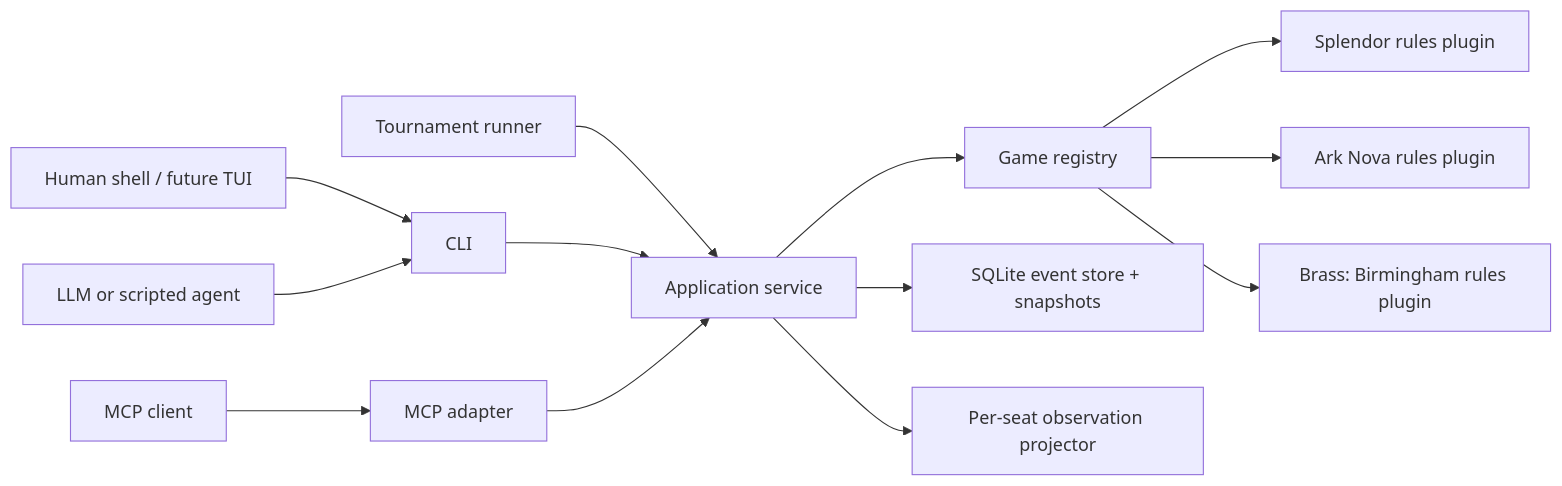
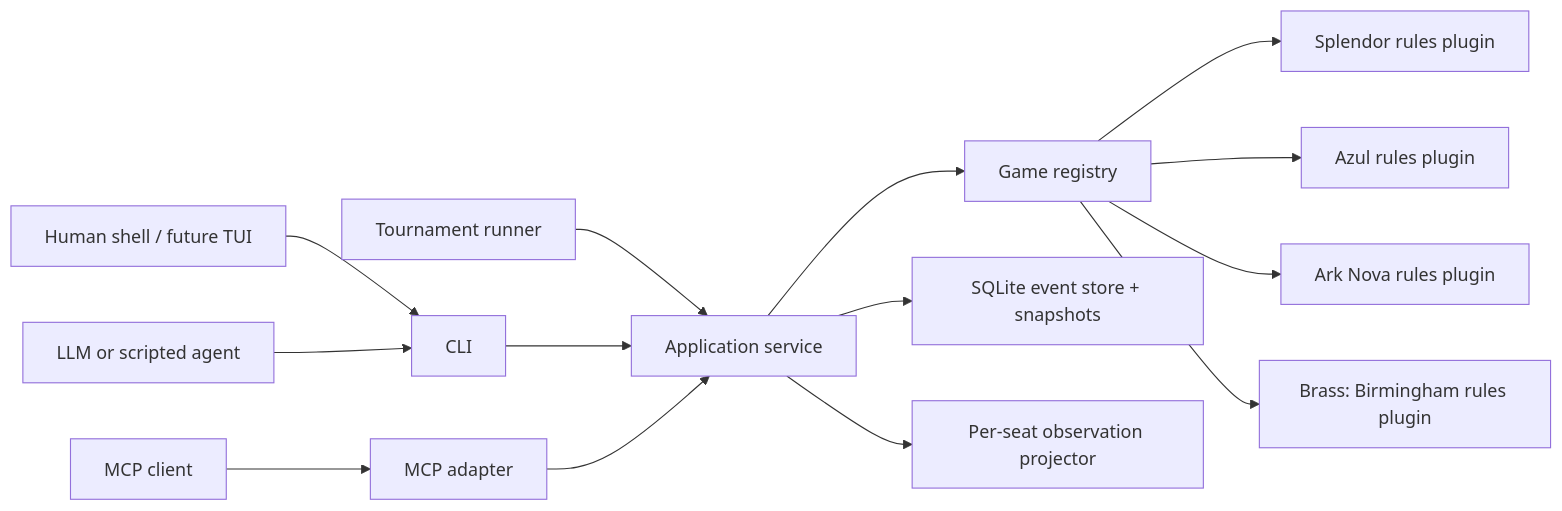
One commit to fengrui-z/AgentBGA changed the first of 2 diagrams in docs/architecture.md. Above: the diagram before and after it, drawn with Mermaid. The commit also changed other lines of this file and 3 other files, not shown here.

Commit message:
docs(azul): document scope and architecture

````diff
--- a/docs/architecture.md
+++ b/docs/architecture.md
@@ -30,15 +30,16 @@
 ```mermaid
 flowchart LR
   H["Human shell / future TUI"] --> CLI["CLI"]
   A["LLM or scripted agent"] --> CLI
   M["MCP client"] --> MCP["MCP adapter"]
   R["Tournament runner"] --> APP["Application service"]
   CLI --> APP
   MCP --> APP
   APP --> REG["Game registry"]
   REG --> SPL["Splendor rules plugin"]
+  REG --> AZUL["Azul rules plugin"]
   REG --> ARK["Ark Nova rules plugin"]
   REG --> BRASS["Brass: Birmingham rules plugin"]
   APP --> STORE["SQLite event store + snapshots"]
   APP --> OBS["Per-seat observation projector"]
 ```
````
